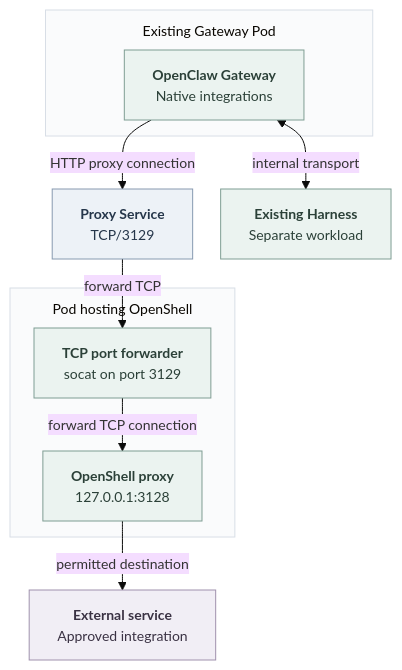
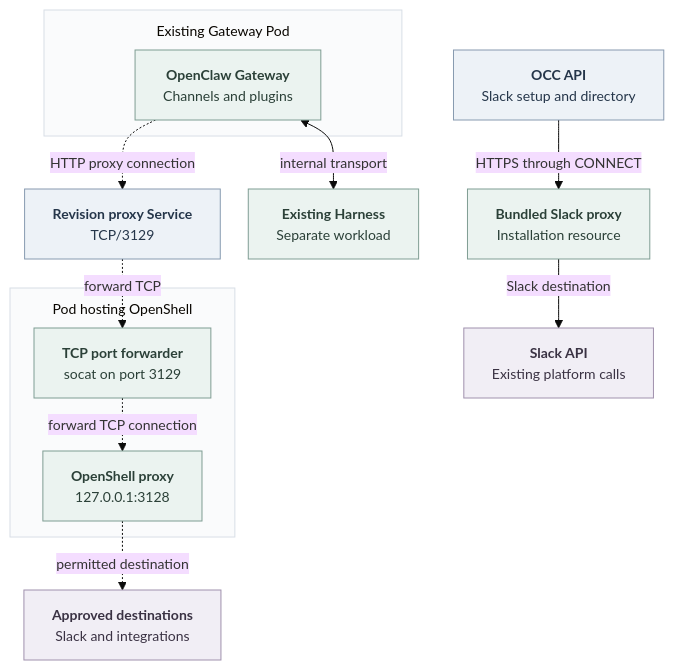
The diagram in specs/rfcs/0024-gateway-outbound-proxy-reuse.md (raw-labs/openclaw-enterprise), drawn with Mermaid before and after one commit. The commit also changed other lines of this file, not shown here.

Commit message:
docs: clarify Gateway policy scope and unchanged control-plane routing

````diff
--- a/specs/rfcs/0024-gateway-outbound-proxy-reuse.md
+++ b/specs/rfcs/0024-gateway-outbound-proxy-reuse.md
@@ -39,40 +79,45 @@
 ```mermaid
 ---
 config:
   theme: base
   htmlLabels: true
   themeVariables:
     fontSize: 14px
   flowchart:
     nodeSpacing: 28
     rankSpacing: 32
     padding: 14
     subGraphTitleMargin:
       top: 10
       bottom: 14
 ---
 flowchart TB
   subgraph GatewayPod["Existing Gateway Pod"]
-    G["<b>OpenClaw Gateway</b><br/>Native integrations"]
+    G["<b>OpenClaw Gateway</b><br/>Channels and plugins"]
   end
-  S["<b>Proxy Service</b><br/>TCP/3129"]
+  S["<b>Revision proxy Service</b><br/>TCP/3129"]
   subgraph ProxyPod["Pod hosting OpenShell"]
     R["<b>TCP port forwarder</b><br/>socat on port 3129"]
     P["<b>OpenShell proxy</b><br/>127.0.0.1:3128"]
-    R -->|forward TCP connection| P
+    R -.->|forward TCP connection| P
   end
-  E["<b>External service</b><br/>Approved integration"]
+  E["<b>Approved destinations</b><br/>Slack and integrations"]
   H["<b>Existing Harness</b><br/>Separate workload"]
-  G -->|HTTP proxy connection| S
-  S -->|forward TCP| R
-  P -->|permitted destination| E
+  A["<b>OCC API</b><br/>Slack setup and directory"]
+  L["<b>Bundled Slack proxy</b><br/>Installation resource"]
+  Slack["<b>Slack API</b><br/>Existing platform calls"]
+  G -.->|HTTP proxy connection| S
+  S -.->|forward TCP| R
+  P -.->|permitted destination| E
   G <-->|internal transport| H
+  A -->|HTTPS through CONNECT| L
+  L -->|Slack destination| Slack
   classDef workload fill:#EBF3F0,stroke:#7F9D93,color:#2B4038,stroke-width:1px
   classDef endpoint fill:#EDF2F7,stroke:#879AB0,color:#25364A,stroke-width:1px
   classDef external fill:#F1EEF5,stroke:#A091AD,color:#3A3243,stroke-width:1px
-  class G,R,P,H workload
-  class S endpoint
-  class E external
+  class G,R,P,H,L workload
+  class S,A endpoint
+  class E,Slack external
   style GatewayPod fill:#FAFBFC,stroke:#D8DEE6,stroke-width:1px
   style ProxyPod fill:#FAFBFC,stroke:#D8DEE6,stroke-width:1px
 ```
````
